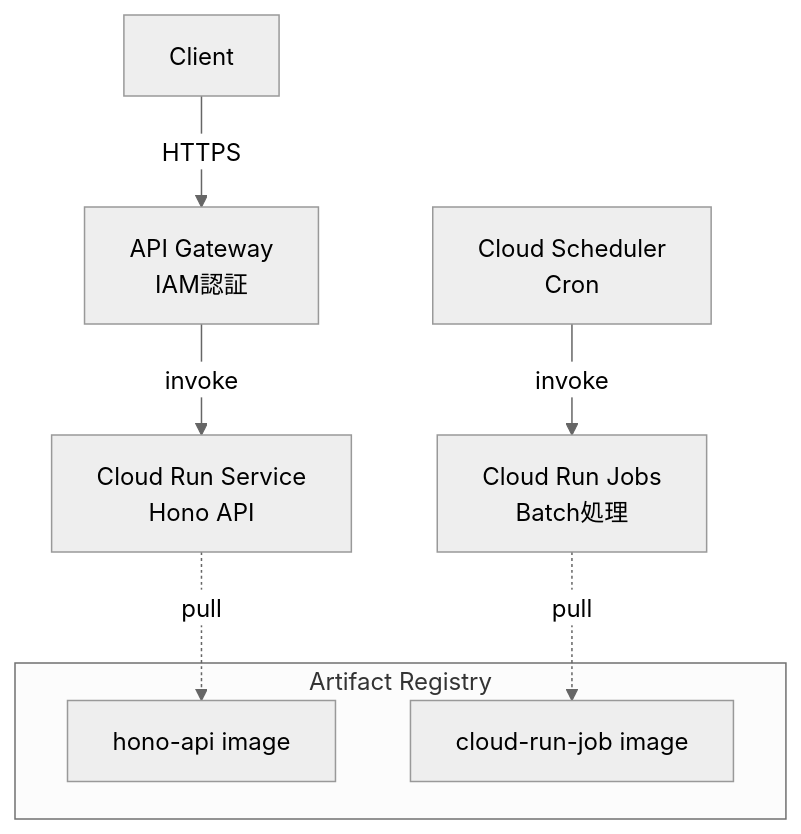
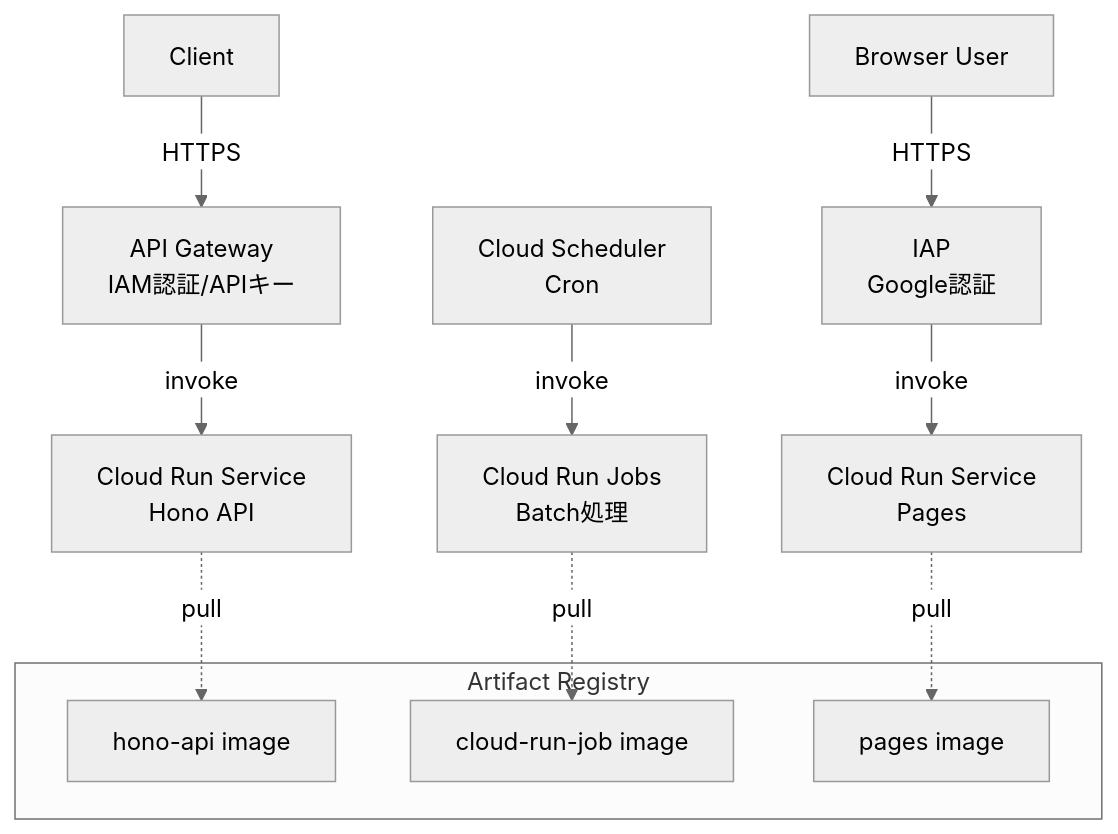
The diagram in README.md (cti1650/cloudrun-hono-jobs-terraform), drawn with Mermaid (neutral theme) before and after one commit. The commit also changed other lines of this file and 10 other files, not shown here.

````diff
--- a/README.md
+++ b/README.md
@@ -7,14 +7,18 @@
 ```mermaid
 graph TB
-    Client[Client] -->|HTTPS| GW[API Gateway<br/>IAM認証]
+    Client[Client] -->|HTTPS| GW[API Gateway<br/>IAM認証/APIキー]
+    User[Browser User] -->|HTTPS| IAP[IAP<br/>Google認証]
     GW -->|invoke| Service[Cloud Run Service<br/>Hono API]
+    IAP -->|invoke| Pages[Cloud Run Service<br/>Pages]
     Scheduler[Cloud Scheduler<br/>Cron] -->|invoke| Job[Cloud Run Jobs<br/>Batch処理]
 
     subgraph "Artifact Registry"
         AppImage[hono-api image]
         JobImage[cloud-run-job image]
+        PagesImage[pages image]
     end
 
     Service -.->|pull| AppImage
     Job -.->|pull| JobImage
+    Pages -.->|pull| PagesImage
 ```
````
